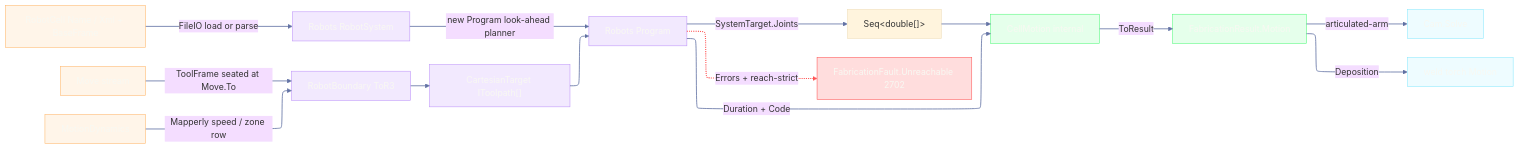
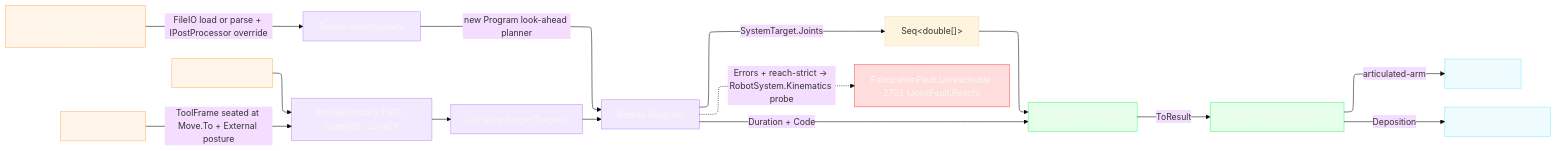
The diagram in libs/csharp/Rasm.Fabrication/.planning/Kinematics/cell.md (bsamiee/Rasm), drawn with Mermaid before and after one commit. The commit also changed other lines of this file and 79 other files, not shown here.

````diff
--- a/libs/csharp/Rasm.Fabrication/.planning/Kinematics/cell.md
+++ b/libs/csharp/Rasm.Fabrication/.planning/Kinematics/cell.md
@@ -143,40 +158,38 @@
 ```mermaid
 ---
 config:
   layout: elk
   theme: base
   look: classic
   themeVariables:
     fontFamily: "Inter, Arial, sans"
     useGradient: false
     dropShadow: false
 ---
 flowchart LR
     accTitle: Robot-cell kinematics owner
-    accDescr: RobotProgram.Solve loads a Robots cell, maps owner moves through the Rhino3dm boundary, compiles the Program planner, folds reach diagnostics, and returns FabricationResult.Motion.
-    Cell["RobotCell Name / Xml + BaseFrame"] -->|FileIO load or parse| System["Robots RobotSystem"]
-    Moves["Move stream"] -->|ToolFrame seated at Move.To| Boundary["RobotBoundary ToR3"]
-    Dynamics["MotionDynamics"] -->|Mapperly speed / zone row| Boundary
-    Boundary --> Targets["CartesianTarget IToolpath[]"]
+    accDescr: RobotProgram.Solve loads a Robots cell with the policy post override, maps owner moves through the Rhino3dm boundary with external-axis posture, compiles the Program planner, derives typed reach diagnostics from the batch solve, and returns FabricationResult.Motion.
+    Cell["RobotCell Name / Xml + BaseFrame"] -->|"FileIO load or parse + IPostProcessor override"| System["Robots RobotSystem"]
+    Moves["Move stream"] -->|"ToolFrame seated at Move.To + External posture"| Boundary["RobotBoundary ToR3 · SpeedOf · ZoneOf"]
+    Dynamics["MotionDynamics"] --> Boundary
+    Boundary --> Targets["CartesianTarget Target[]"]
     System -->|new Program look-ahead planner| Program["Robots Program"]
     Targets --> Program
     Program -->|SystemTarget.Joints| Joints["Seq&lt;double[]&gt;"]
     Program -->|Duration + Code| CellMotion["CellMotion internal"]
-    Program -.->|Errors + reach-strict| Fault["FabricationFault.Unreachable 2702"]
+    Program -.->|"Errors + reach-strict → RobotSystem.Kinematics probe"| Fault["FabricationFault.Unreachable 2702 (JointFault.Reach)"]
     Joints --> CellMotion
     CellMotion -->|ToResult| Motion["FabricationResult.Motion"]
     Motion -->|articulated-arm| Cam["Cam.Solve"]
     Motion -->|Deposition| Weld["weld torch Motion"]
     class Cell,Moves,Dynamics data
     class Boundary,System,Targets,Program primary
     class CellMotion,Motion success
     class Fault error
     class Cam,Weld boundary
-    linkStyle 0,1,2,3,4,5,6,7,9,10,11,12 stroke:#6272A4,stroke-width:1.5px,color:#F8F8F2
-    linkStyle 8 stroke:#FF5555,stroke-width:2px,color:#FF5555
     classDef primary fill:#BD93F933,stroke:#BD93F9,color:#F8F8F2
     classDef boundary fill:#8BE9FD26,stroke:#8BE9FD,color:#F8F8F2
     classDef success fill:#50FA7B26,stroke:#50FA7B,color:#F8F8F2
     classDef error fill:#FF555533,stroke:#FF5555,color:#F8F8F2
     classDef data fill:#FFB86C26,stroke:#FFB86C,color:#F8F8F2
 ```
````
